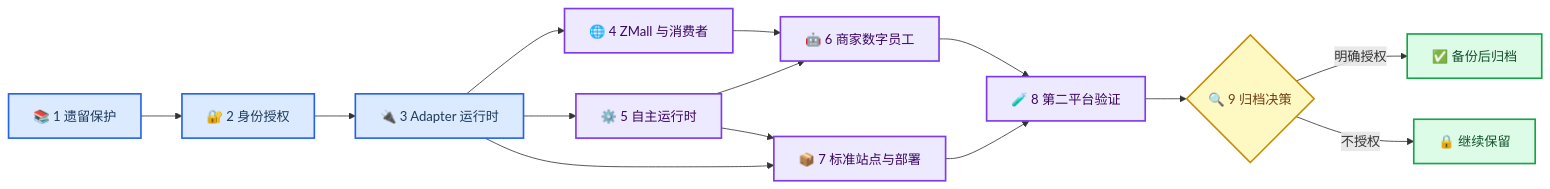
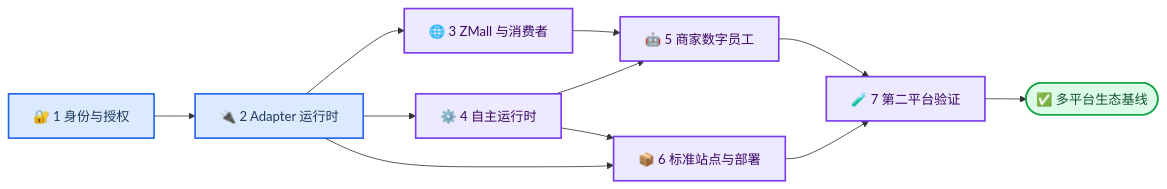
The diagram in docs/roadmap/MallWork分阶段实施路线图.md (up0to1/MallWork), drawn with Mermaid before and after one commit. The commit also changed other lines of this file and 10 other files, not shown here.

````diff
--- a/docs/roadmap/MallWork分阶段实施路线图.md
+++ b/docs/roadmap/MallWork分阶段实施路线图.md
@@ -17,29 +17,24 @@
 ```mermaid
 flowchart LR
     accTitle: MallWork Ecosystem Delivery Path
-    accDescr: Nine gated phases progress from preserving legacy knowledge through identity, Adapter runtime, agents, site deployment, multi-platform proof, and a separately authorized legacy archive decision.
+    accDescr: Seven gated phases progress from identity and authorization through the Adapter runtime, consumer capabilities, autonomous operations, merchant agents, site deployment, and multi-platform proof.
 
-    phase_1[📚 1 遗留保护] --> phase_2[🔐 2 身份授权]
-    phase_2 --> phase_3[🔌 3 Adapter 运行时]
-    phase_3 --> phase_4[🌐 4 ZMall 与消费者]
-    phase_3 --> phase_5[⚙️ 5 自主运行时]
-    phase_4 --> phase_6[🤖 6 商家数字员工]
-    phase_5 --> phase_6
-    phase_3 --> phase_7[📦 7 标准站点与部署]
-    phase_5 --> phase_7
-    phase_6 --> phase_8[🧪 8 第二平台验证]
-    phase_7 --> phase_8
-    phase_8 --> phase_9{🔍 9 归档决策}
-    phase_9 -->|明确授权| archive[✅ 备份后归档]
-    phase_9 -->|不授权| preserve[🔒 继续保留]
+    phase_1[🔐 1 身份与授权] --> phase_2[🔌 2 Adapter 运行时]
+    phase_2 --> phase_3[🌐 3 ZMall 与消费者]
+    phase_2 --> phase_4[⚙️ 4 自主运行时]
+    phase_3 --> phase_5[🤖 5 商家数字员工]
+    phase_4 --> phase_5
+    phase_2 --> phase_6[📦 6 标准站点与部署]
+    phase_4 --> phase_6
+    phase_5 --> phase_7[🧪 7 第二平台验证]
+    phase_6 --> phase_7
+    phase_7 --> ecosystem([✅ 多平台生态基线])
 
     classDef foundation fill:#dbeafe,stroke:#2563eb,stroke-width:2px,color:#1e3a5f
     classDef delivery fill:#ede9fe,stroke:#7c3aed,stroke-width:2px,color:#3b0764
-    classDef decision fill:#fef9c3,stroke:#ca8a04,stroke-width:2px,color:#713f12
     classDef outcome fill:#dcfce7,stroke:#16a34a,stroke-width:2px,color:#14532d
 
-    class phase_1,phase_2,phase_3 foundation
-    class phase_4,phase_5,phase_6,phase_7,phase_8 delivery
-    class phase_9 decision
-    class archive,preserve outcome
+    class phase_1,phase_2 foundation
+    class phase_3,phase_4,phase_5,phase_6,phase_7 delivery
+    class ecosystem outcome
 ```
````
